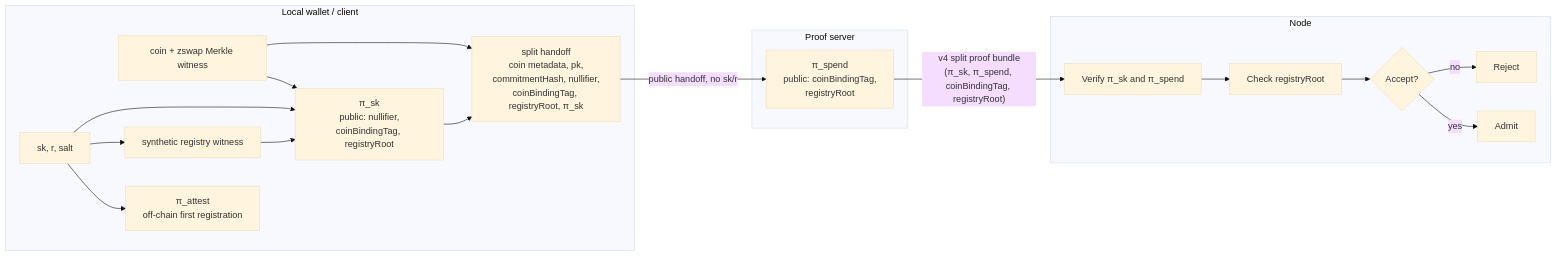
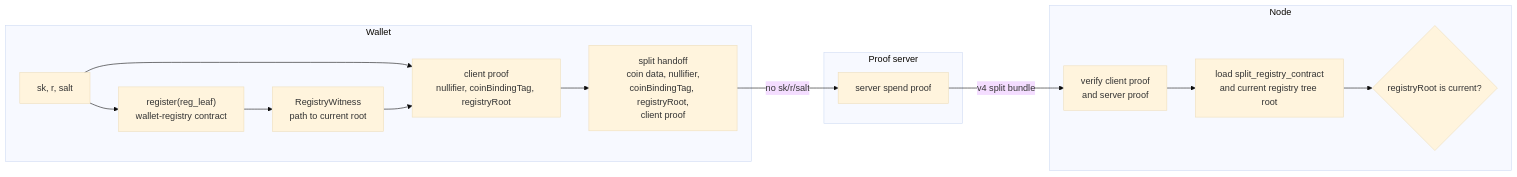
One commit to ADGLx/split-prove changed the diagram in README.md. Above: the diagram before and after it, drawn with Mermaid (base theme). The commit also changed other lines of this file and 10 other files, not shown here.

First line of the commit message:
WIP: wire split-prove local e2e flow

````diff
--- a/README.md
+++ b/README.md
@@ -9,38 +9,30 @@
 ```mermaid
 flowchart LR
-    subgraph LOCAL["Local wallet / client"]
-        W["sk, r, salt"]
-        C["coin + zswap Merkle witness"]
-        R["synthetic registry witness"]
-        A["π_attest<br/>off-chain first registration"]
-        S["π_sk<br/>public: nullifier,<br/>coinBindingTag, registryRoot"]
-        H["split handoff<br/>coin metadata, pk,<br/>commitmentHash, nullifier,<br/>coinBindingTag, registryRoot, π_sk"]
+    subgraph WALLET["Wallet"]
+        SK["sk, r, salt"]
+        REG["register(reg_leaf)<br/>wallet-registry contract"]
+        WIT["RegistryWitness<br/>path to current root"]
+        CLIENT["client proof<br/>nullifier, coinBindingTag, registryRoot"]
+        HANDOFF["split handoff<br/>coin data, nullifier,<br/>coinBindingTag, registryRoot,<br/>client proof"]
 
-        W --> A
-        W --> R
-        W --> S
-        C --> S
-        R --> S
-        S --> H
-        C --> H
+        SK --> REG
+        REG --> WIT
+        SK --> CLIENT
+        WIT --> CLIENT
+        CLIENT --> HANDOFF
     end
 
     subgraph SERVER["Proof server"]
-        P["π_spend<br/>public: coinBindingTag,<br/>registryRoot"]
+        SPEND["server spend proof"]
     end
 
     subgraph NODE["Node"]
-        V["Verify π_sk and π_spend"]
-        M["Check registryRoot"]
-        D{"Accept?"}
-        OK["Admit"]
-        NO["Reject"]
-
-        V --> M --> D
-        D -- yes --> OK
-        D -- no --> NO
+        ROOT["load split_registry_contract<br/>and current registry tree root"]
+        VERIFY["verify client proof<br/>and server proof"]
+        ADMIT{"registryRoot is current?"}
     end
 
-    H -- "public handoff, no sk/r" --> P
-    P -- "v4 split proof bundle<br/>(π_sk, π_spend, coinBindingTag, registryRoot)" --> V
+    HANDOFF -- "no sk/r/salt" --> SPEND
+    SPEND -- "v4 split bundle" --> VERIFY
+    VERIFY --> ROOT --> ADMIT
 ```
````
